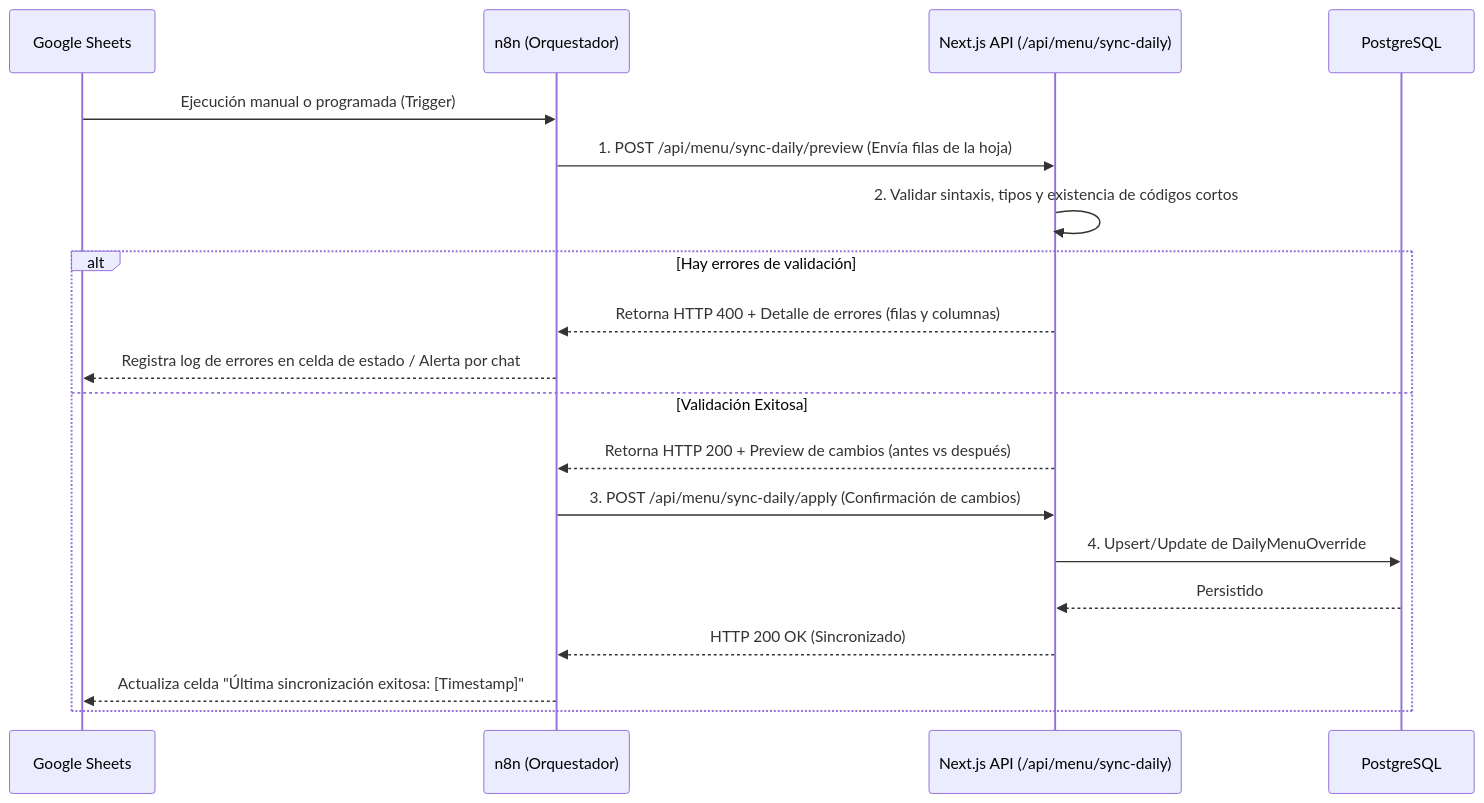
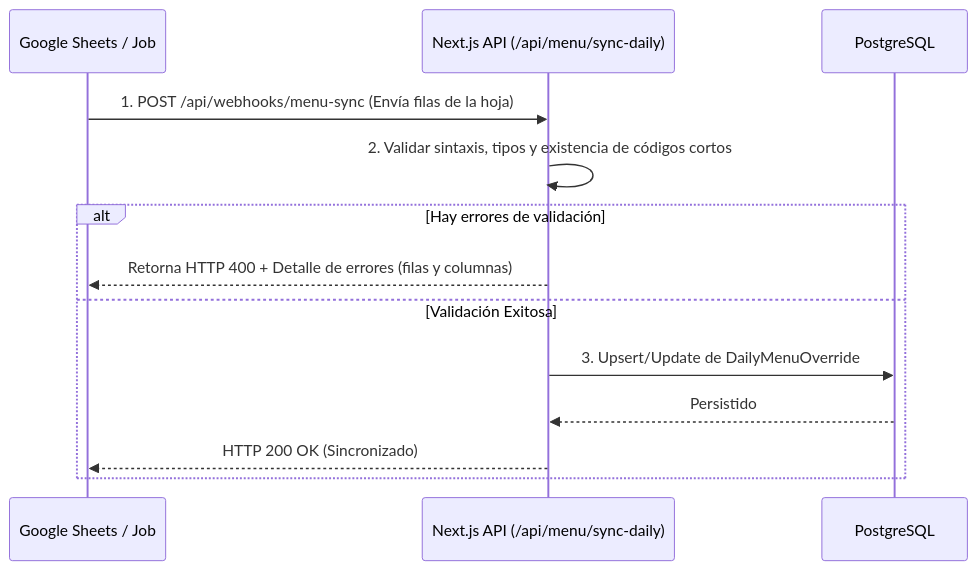
Before and after one commit to J3sus-Acosta/satem-food-engine: the second of 2 diagrams in docs/google-sheets-sync.md, drawn with Mermaid. The commit also changed other lines of this file and 31 other files, not shown here.

````diff
--- a/docs/google-sheets-sync.md
+++ b/docs/google-sheets-sync.md
@@ -116,22 +116,16 @@
 ```mermaid
 sequenceDiagram
-    participant GS as Google Sheets
-    participant n8n as n8n (Orquestador)
+    participant GS as Google Sheets / Job
     participant API as Next.js API (/api/menu/sync-daily)
     participant DB as PostgreSQL
 
-    GS->>n8n: Ejecución manual o programada (Trigger)
-    n8n->>API: 1. POST /api/menu/sync-daily/preview (Envía filas de la hoja)
+    GS->>API: 1. POST /api/webhooks/menu-sync (Envía filas de la hoja)
     API->>API: 2. Validar sintaxis, tipos y existencia de códigos cortos
     alt Hay errores de validación
-        API-->>n8n: Retorna HTTP 400 + Detalle de errores (filas y columnas)
-        n8n-->>GS: Registra log de errores en celda de estado / Alerta por chat
+        API-->>GS: Retorna HTTP 400 + Detalle de errores (filas y columnas)
     else Validación Exitosa
-        API-->>n8n: Retorna HTTP 200 + Preview de cambios (antes vs después)
-        n8n->>API: 3. POST /api/menu/sync-daily/apply (Confirmación de cambios)
-        API->>DB: 4. Upsert/Update de DailyMenuOverride
+        API->>DB: 3. Upsert/Update de DailyMenuOverride
         DB-->>API: Persistido
-        API-->>n8n: HTTP 200 OK (Sincronizado)
-        n8n-->>GS: Actualiza celda "Última sincronización exitosa: [Timestamp]"
+        API-->>GS: HTTP 200 OK (Sincronizado)
     end
 ```
````
